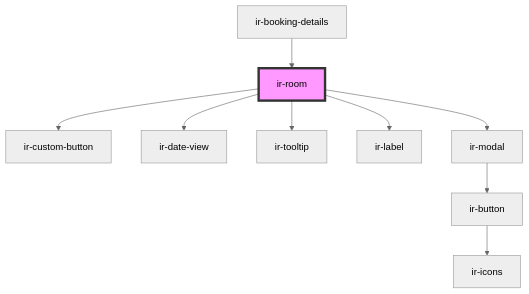
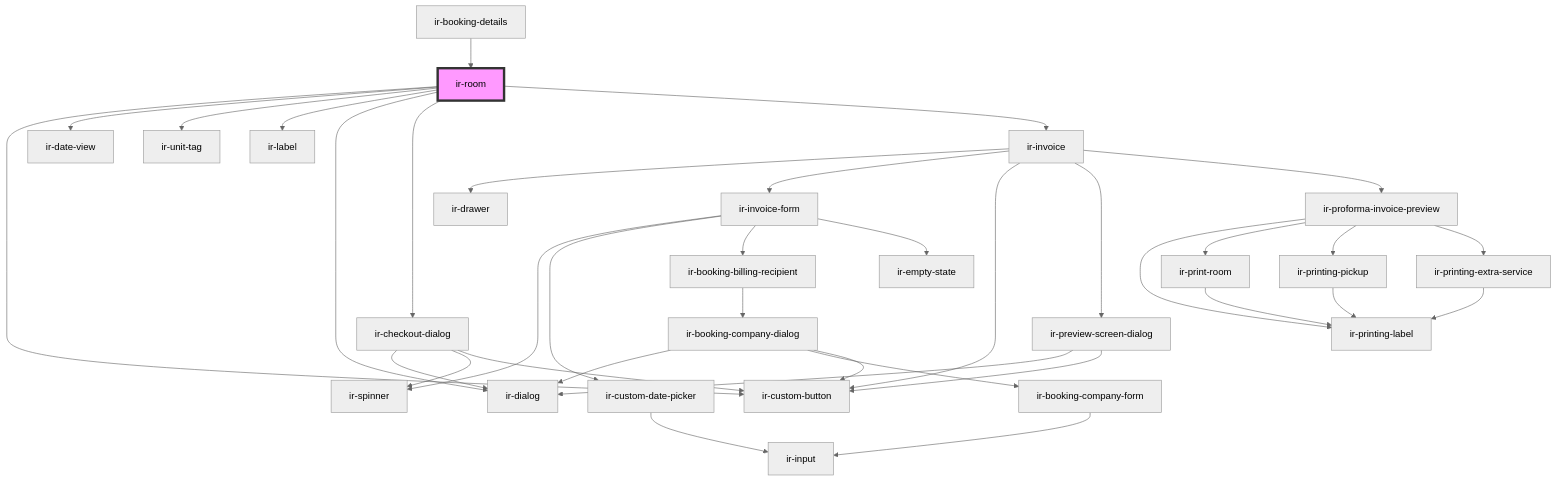
One commit to RonyRizk/ir-webcmp changed the diagram in src/components/ir-booking-details/ir-room/readme.md. Above: the diagram before and after it, drawn with Mermaid (neutral theme). The commit also changed other lines of this file and 433 other files, not shown here.

````diff
--- a/src/components/ir-booking-details/ir-room/readme.md
+++ b/src/components/ir-booking-details/ir-room/readme.md
@@ -61,12 +63,39 @@
 ```mermaid
 graph TD;
   ir-room --> ir-custom-button
   ir-room --> ir-date-view
-  ir-room --> ir-tooltip
+  ir-room --> ir-unit-tag
   ir-room --> ir-label
-  ir-room --> ir-modal
-  ir-modal --> ir-button
-  ir-button --> ir-icons
+  ir-room --> ir-dialog
+  ir-room --> ir-checkout-dialog
+  ir-room --> ir-invoice
+  ir-checkout-dialog --> ir-dialog
+  ir-checkout-dialog --> ir-spinner
+  ir-checkout-dialog --> ir-custom-button
+  ir-invoice --> ir-drawer
+  ir-invoice --> ir-invoice-form
+  ir-invoice --> ir-custom-button
+  ir-invoice --> ir-preview-screen-dialog
+  ir-invoice --> ir-proforma-invoice-preview
+  ir-invoice-form --> ir-spinner
+  ir-invoice-form --> ir-custom-date-picker
+  ir-invoice-form --> ir-booking-billing-recipient
+  ir-invoice-form --> ir-empty-state
+  ir-custom-date-picker --> ir-input
+  ir-booking-billing-recipient --> ir-booking-company-dialog
+  ir-booking-company-dialog --> ir-dialog
+  ir-booking-company-dialog --> ir-booking-company-form
+  ir-booking-company-dialog --> ir-custom-button
+  ir-booking-company-form --> ir-input
+  ir-preview-screen-dialog --> ir-dialog
+  ir-preview-screen-dialog --> ir-custom-button
+  ir-proforma-invoice-preview --> ir-printing-label
+  ir-proforma-invoice-preview --> ir-print-room
+  ir-proforma-invoice-preview --> ir-printing-pickup
+  ir-proforma-invoice-preview --> ir-printing-extra-service
+  ir-print-room --> ir-printing-label
+  ir-printing-pickup --> ir-printing-label
+  ir-printing-extra-service --> ir-printing-label
   ir-booking-details --> ir-room
   style ir-room fill:#f9f,stroke:#333,stroke-width:4px
 ```
````
